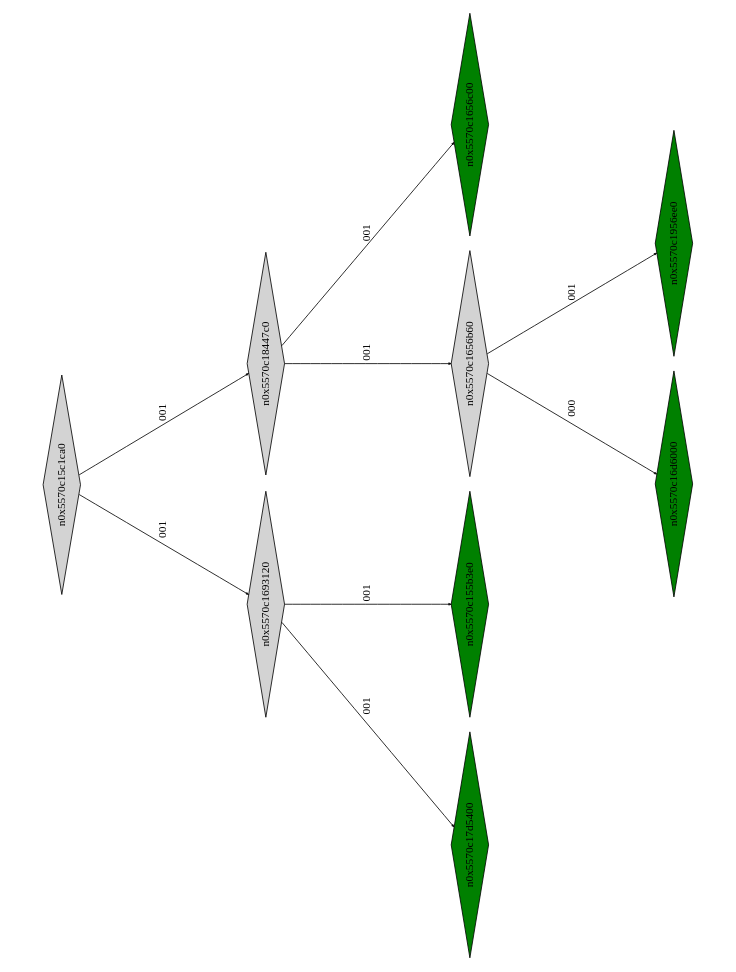
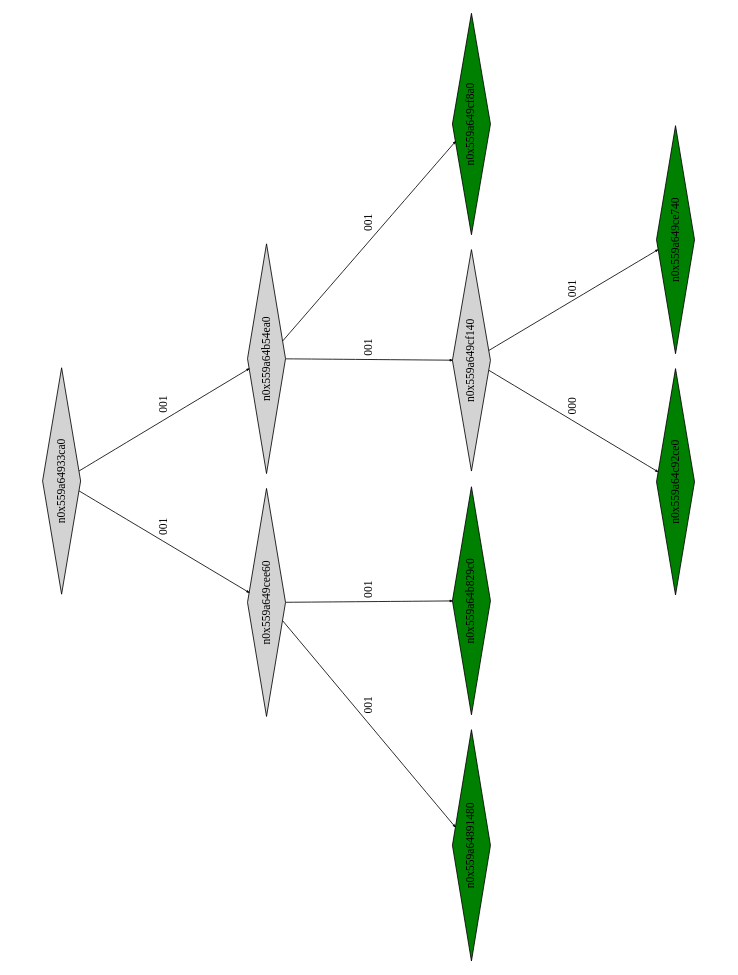
One commit to Research-Tools-PAVT/PSE-Program-Examples changed the diagram in montyhall_klee_out/ptree_00001040.dot. Above: the diagram before and after it, drawn with Graphviz. The commit also changed 42 other files, not shown here.

```diff
--- a/montyhall_klee_out/ptree_00001040.dot
+++ b/montyhall_klee_out/ptree_00001040.dot
@@ -1,25 +1,25 @@
 digraph G {
 	size="10,7.5";
 	ratio=fill;
 	rotate=90;
 	center = "true";
 	node [style="filled",width=.1,height=.1,fontname="Terminus"]
 	edge [arrowsize=.3]
-	n0x5570c15c1ca0 [shape=diamond];
-	n0x5570c15c1ca0 -> n0x5570c1693120 [label=001];
-	n0x5570c15c1ca0 -> n0x5570c18447c0 [label=001];
-	n0x5570c18447c0 [shape=diamond];
-	n0x5570c18447c0 -> n0x5570c1656b60 [label=001];
-	n0x5570c18447c0 -> n0x5570c1656c00 [label=001];
-	n0x5570c1656c00 [shape=diamond,fillcolor=green];
-	n0x5570c1656b60 [shape=diamond];
-	n0x5570c1656b60 -> n0x5570c16d6000 [label=000];
-	n0x5570c1656b60 -> n0x5570c1956ee0 [label=001];
-	n0x5570c1956ee0 [shape=diamond,fillcolor=green];
-	n0x5570c16d6000 [shape=diamond,fillcolor=green];
-	n0x5570c1693120 [shape=diamond];
-	n0x5570c1693120 -> n0x5570c17d5400 [label=001];
-	n0x5570c1693120 -> n0x5570c155b3e0 [label=001];
-	n0x5570c155b3e0 [shape=diamond,fillcolor=green];
-	n0x5570c17d5400 [shape=diamond,fillcolor=green];
+	n0x559a64933ca0 [shape=diamond];
+	n0x559a64933ca0 -> n0x559a649cee60 [label=001];
+	n0x559a64933ca0 -> n0x559a64b54ea0 [label=001];
+	n0x559a64b54ea0 [shape=diamond];
+	n0x559a64b54ea0 -> n0x559a649cf140 [label=001];
+	n0x559a64b54ea0 -> n0x559a649cf8a0 [label=001];
+	n0x559a649cf8a0 [shape=diamond,fillcolor=green];
+	n0x559a649cf140 [shape=diamond];
+	n0x559a649cf140 -> n0x559a64c92ce0 [label=000];
+	n0x559a649cf140 -> n0x559a649ce740 [label=001];
+	n0x559a649ce740 [shape=diamond,fillcolor=green];
+	n0x559a64c92ce0 [shape=diamond,fillcolor=green];
+	n0x559a649cee60 [shape=diamond];
+	n0x559a649cee60 -> n0x559a64891480 [label=001];
+	n0x559a649cee60 -> n0x559a64b829c0 [label=001];
+	n0x559a64b829c0 [shape=diamond,fillcolor=green];
+	n0x559a64891480 [shape=diamond,fillcolor=green];
 }
```
